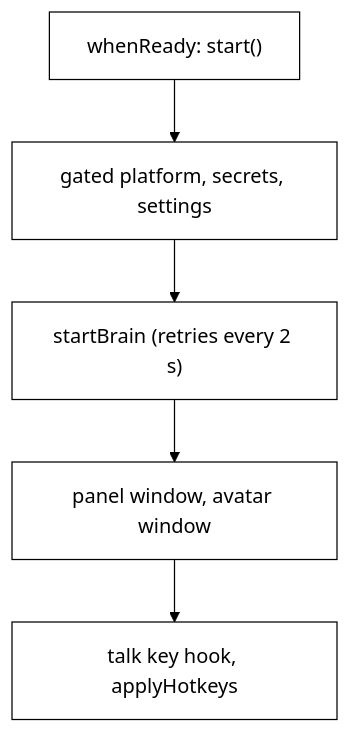
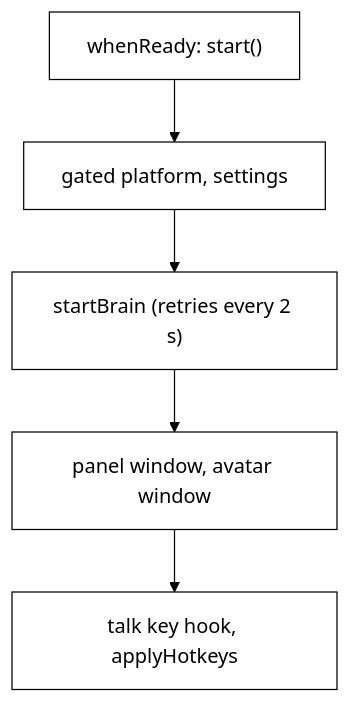
Before and after one commit to nadeem4/tagalong: the diagram in docs/desktop.md, drawn with Mermaid. The commit also changed other lines of this file and 49 other files, not shown here.

````diff
--- a/docs/desktop.md
+++ b/docs/desktop.md
@@ -85,8 +84,8 @@
 ```mermaid
 %%{init: {'theme':'base','themeVariables':{'primaryColor':'#ffffff','primaryTextColor':'#000000','primaryBorderColor':'#000000','lineColor':'#000000'}}}%%
 flowchart TD
-  A["whenReady: start()"] --> B["gated platform, secrets, settings"]
+  A["whenReady: start()"] --> B["gated platform, settings"]
   B --> C["startBrain (retries every 2 s)"]
   C --> E["panel window, avatar window"]
   E --> F["talk key hook, applyHotkeys"]
 ```
````
